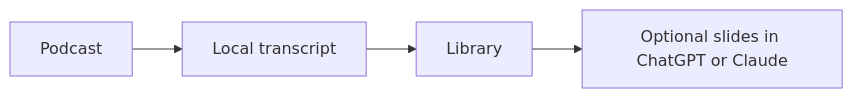
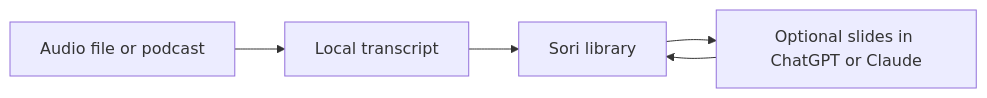
One commit to onepromptman/sori-app changed the diagram in README.md. Above: the diagram before and after it, drawn with Mermaid. The commit also changed other lines of this file and 129 other files, not shown here.

````diff
--- a/README.md
+++ b/README.md
@@ -61,6 +37,7 @@
 ```mermaid
 flowchart LR
-    A[Podcast] --> B[Local transcript]
-    B --> C[Library]
+    A[Audio file or podcast] --> B[Local transcript]
+    B --> C[Sori library]
     C --> D[Optional slides in ChatGPT or Claude]
+    D --> C
 ```
````
